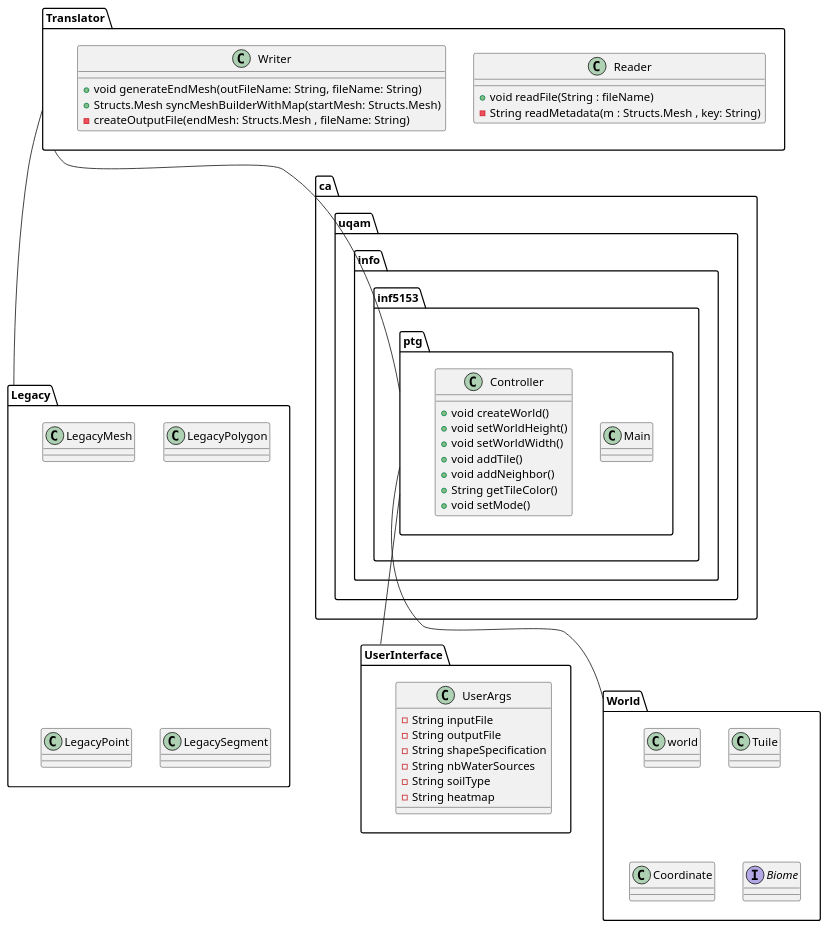
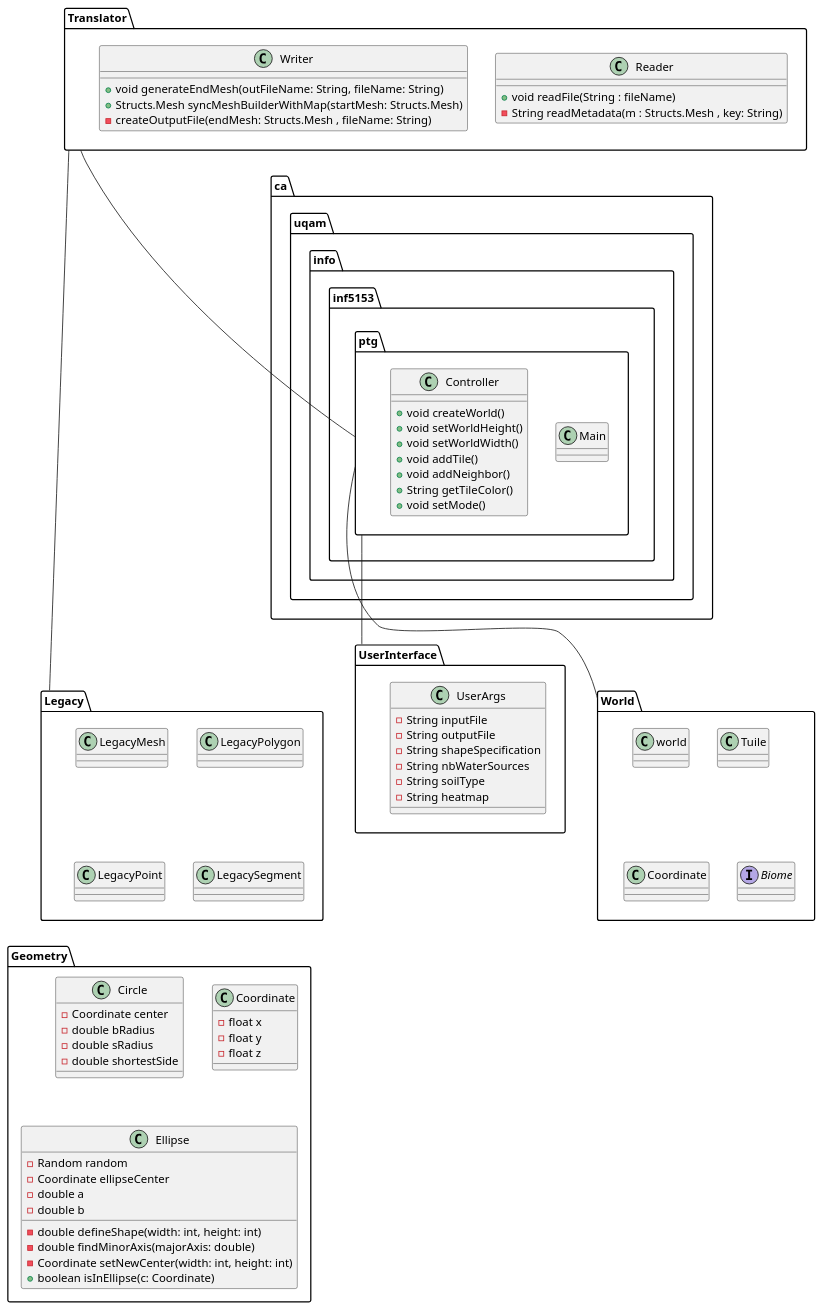
One commit to cryptoswarm/terrain-generator changed the diagram in diagrammeDeClasse_general.puml. Above: the diagram before and after it, drawn with PlantUML. The commit also changed 19 other files, not shown here.

```diff
--- a/diagrammeDeClasse_general.puml
+++ b/diagrammeDeClasse_general.puml
@@ -1,60 +1,84 @@
 @startuml
 
 package UserInterface {
     class UserArgs {
         - String inputFile
         - String outputFile
         - String shapeSpecification
         - String nbWaterSources
         - String soilType
         - String heatmap
     }
 }
 
 Package Translator {
     class Reader {
         + void readFile(String : fileName)
         - String readMetadata(m : Structs.Mesh , key: String)
     }
     class Writer {
         + void generateEndMesh(outFileName: String, fileName: String)
         + Structs.Mesh syncMeshBuilderWithMap(startMesh: Structs.Mesh)
         - createOutputFile(endMesh: Structs.Mesh , fileName: String)
     }
 }
 
 Package Legacy {
     class LegacyMesh
     class LegacyPolygon
     class LegacyPoint
     class LegacySegment
 
 }
 
 Package ca.uqam.info.inf5153.ptg {
     class Main
     class Controller {
         + void createWorld()
         + void setWorldHeight()
         + void setWorldWidth()
         + void addTile()
         + void addNeighbor()
         + String getTileColor()
         + void setMode()
     }
 }
 
 Package World {
      class world
      class Tuile
      class Coordinate
      Interface Biome
 }
 
+Package Geometry {
+    class Circle {
+        - Coordinate center
+        - double bRadius
+        - double sRadius
+        - double shortestSide
+    }
+    class Coordinate {
+        - float x
+        - float y
+        - float z
+    }
+    class Ellipse {
+        - Random random
+        - Coordinate ellipseCenter
+        - double a
+        - double b
+        - double defineShape(width: int, height: int)
+        - double findMinorAxis(majorAxis: double)
+        - Coordinate setNewCenter(width: int, height: int)
+        + boolean isInEllipse(c: Coordinate)
+    }
+}
+
 Translator -- Legacy
 Translator -- ca.uqam.info.inf5153.ptg
 ca.uqam.info.inf5153.ptg -- World
 ca.uqam.info.inf5153.ptg -- UserInterface
 
 
 @enduml
```
